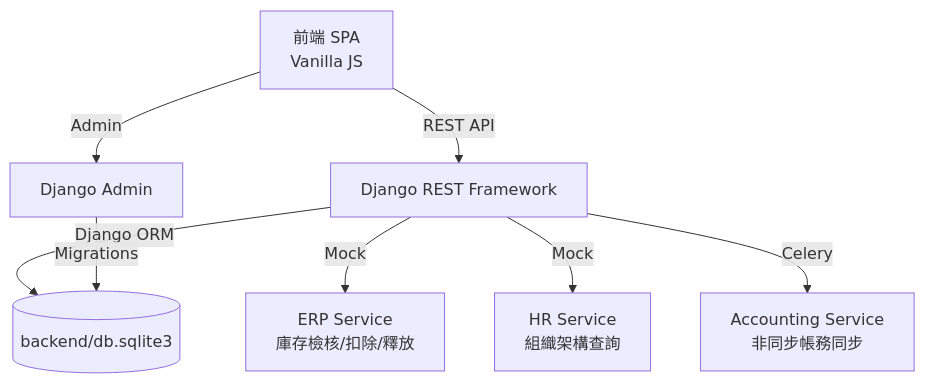
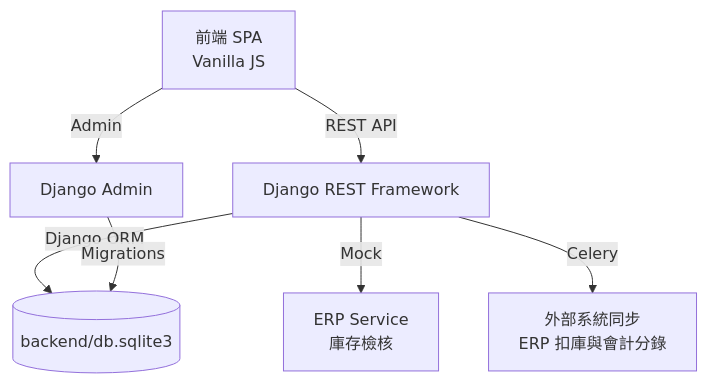
Before and after one commit to Kailunlin/SignOffSystem: the diagram in README.md, drawn with Mermaid. The commit also changed 1 other file, not shown here.

Commit message:
Docs: Update architecture diagram to reflect actual codebase implementation

````diff
--- a/README.md
+++ b/README.md
@@ -35,12 +35,13 @@
 ```mermaid
 graph TB
     UI[前端 SPA<br/>Vanilla JS] -->|REST API| API[Django REST Framework]
     UI -->|Admin| Django[Django Admin]
 
     API -->|Django ORM| DB[(backend/db.sqlite3)]
     Django -->|Migrations| DB
 
-    API -->|Mock| ERP[ERP Service<br/>庫存檢核/扣除/釋放]
-    API -->|Mock| HR[HR Service<br/>組織架構查詢]
-    API -->|Celery| ACC[Accounting Service<br/>非同步帳務同步]
+    API -->|Mock| ERP[ERP Service<br/>庫存檢核]
+    API -->|Celery| ACC[外部系統同步<br/>ERP 扣庫與會計分錄]
+    
+    %% 備註：HR 系統資料已透過 Seed Data 預先載入 DB，無獨立即時 Mock 服務
 ```
````
